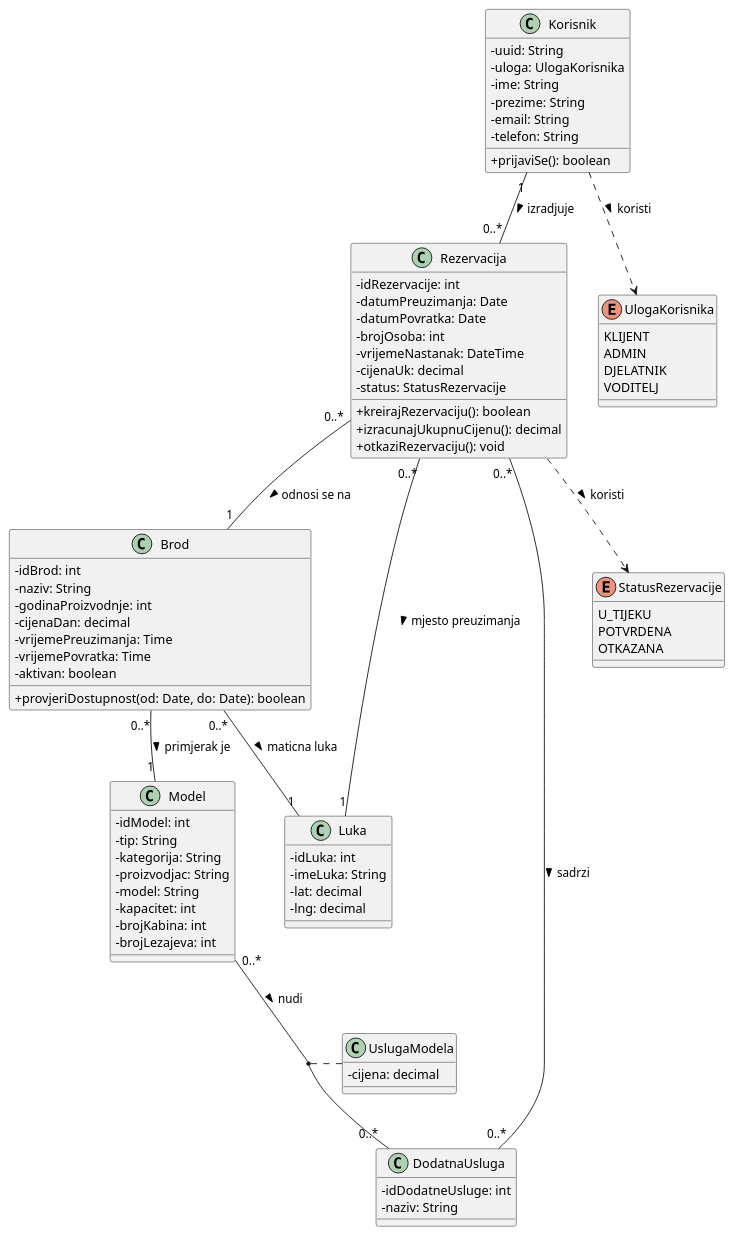
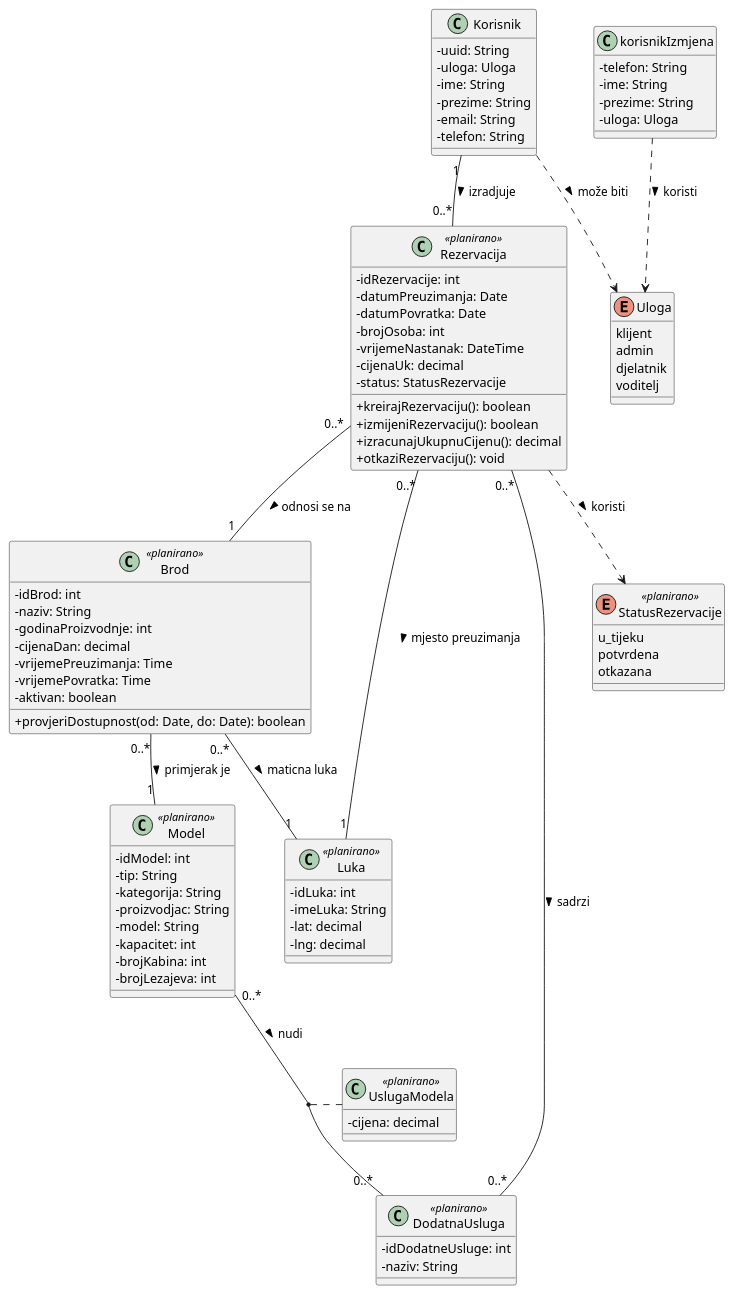
Before and after one commit to auzelac1/PROGI_PROJEKT: the diagram in docs/puml/4.3.2-UMLrazreda.puml, drawn with PlantUML. The commit also changed 13 other files, not shown here.

```diff
--- a/docs/puml/4.3.2-UMLrazreda.puml
+++ b/docs/puml/4.3.2-UMLrazreda.puml
@@ -1,96 +1,104 @@
 @startuml Reprezentativni_UML_Dijagram_Razreda
 
 skinparam classAttributeIconSize 0
 skinparam backgroundColor #FFFFFF
 
 ' --- RAZREDI ---
 
 class Korisnik {
   - uuid: String
-  - uloga: UlogaKorisnika
+  - uloga: Uloga
   - ime: String
   - prezime: String
   - email: String
   - telefon: String
-  + prijaviSe(): boolean
 }
 
-class Rezervacija {
+class korisnikIzmjena {
+  - telefon: String
+  - ime: String
+  - prezime: String
+  - uloga: Uloga
+}
+
+class Rezervacija <<planirano>> {
   - idRezervacije: int
   - datumPreuzimanja: Date
   - datumPovratka: Date
   - brojOsoba: int
   - vrijemeNastanak: DateTime
   - cijenaUk: decimal
   - status: StatusRezervacije
   + kreirajRezervaciju(): boolean
+  + izmijeniRezervaciju(): boolean
   + izracunajUkupnuCijenu(): decimal
   + otkaziRezervaciju(): void
 }
 
-class Brod {
+class Brod <<planirano>> {
   - idBrod: int
   - naziv: String
   - godinaProizvodnje: int
   - cijenaDan: decimal
   - vrijemePreuzimanja: Time
   - vrijemePovratka: Time
   - aktivan: boolean
   + provjeriDostupnost(od: Date, do: Date): boolean
 }
 
-class Model {
+class Model <<planirano>> {
   - idModel: int
   - tip: String
   - kategorija: String
   - proizvodjac: String
   - model: String
   - kapacitet: int
   - brojKabina: int
   - brojLezajeva: int
 }
 
-class Luka {
+class Luka <<planirano>> {
   - idLuka: int
   - imeLuka: String
   - lat: decimal
   - lng: decimal
 }
 
-class DodatnaUsluga {
+class DodatnaUsluga <<planirano>> {
   - idDodatneUsluge: int
   - naziv: String
 }
 
-class UslugaModela {
+class UslugaModela <<planirano>> {
   - cijena: decimal
 }
 
 
-enum UlogaKorisnika {
-  KLIJENT
-  ADMIN
-  DJELATNIK
-  VODITELJ
+enum Uloga {
+  klijent
+  admin
+  djelatnik
+  voditelj
 }
 
-enum StatusRezervacije {
-  U_TIJEKU
-  POTVRDENA
-  OTKAZANA
+enum StatusRezervacije <<planirano>> {
+  u_tijeku
+  potvrdena
+  otkazana
 }
 
 ' --- VEZE (ASOCIJACIJE) ---
 
 Korisnik "1" -- "0..*" Rezervacija : izradjuje >
 Rezervacija "0..*" -- "1" Brod : odnosi se na >
 Rezervacija "0..*" -- "1" Luka : mjesto preuzimanja >
 Rezervacija "0..*" -- "0..*" DodatnaUsluga : sadrzi >
 Brod "0..*" -- "1" Model : primjerak je >
 Brod "0..*" -- "1" Luka : maticna luka >
 Model "0..*" -- "0..*" DodatnaUsluga : nudi >
 (Model, DodatnaUsluga) .. UslugaModela
-Korisnik ..> UlogaKorisnika : koristi >
+Korisnik ..> Uloga : može biti >
+korisnikIzmjena ..> Uloga : koristi >
 Rezervacija ..> StatusRezervacije : koristi >
 
 @enduml
```
